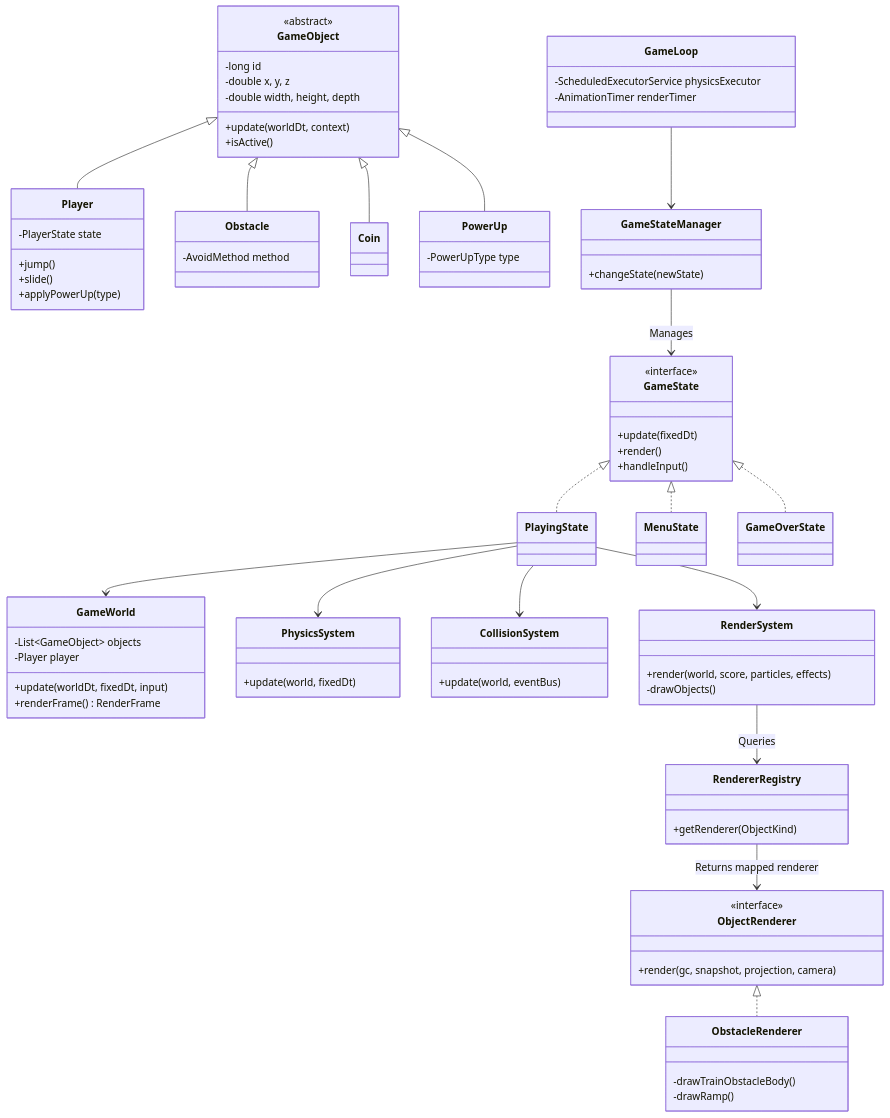
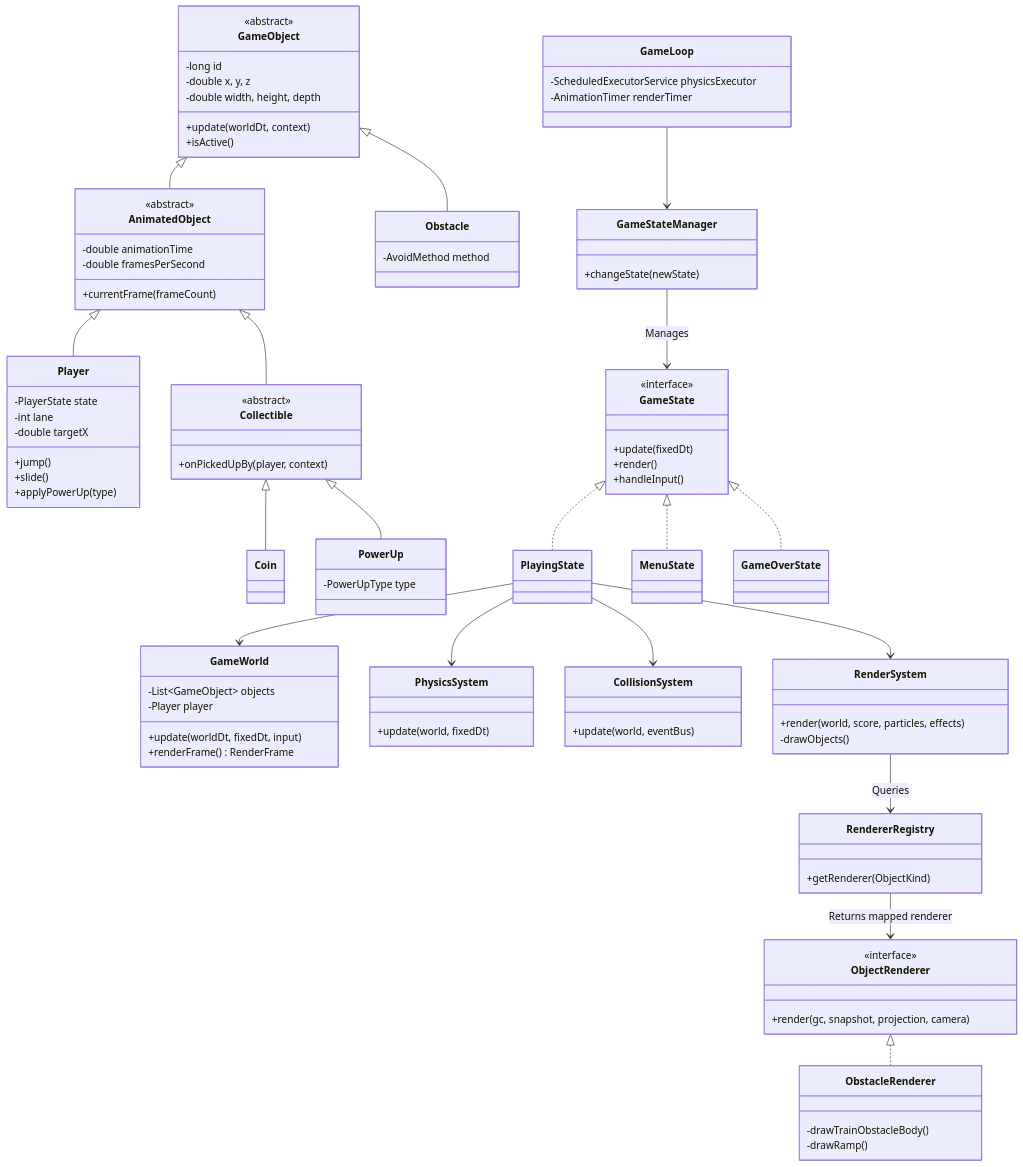
Before and after one commit to triplex0716/Marathon_Runner: the diagram in README.md, drawn with Mermaid.

```diff
--- a/README.md
+++ b/README.md
@@ -71,24 +71,43 @@
         +update(worldDt, context)
         +isActive()
     }
+    
+    class AnimatedObject {
+        <<abstract>>
+        -double animationTime
+        -double framesPerSecond
+        +currentFrame(frameCount)
+    }
+
     class Player {
         -PlayerState state
+        -int lane
+        -double targetX
         +jump()
         +slide()
         +applyPowerUp(type)
     }
+    
     class Obstacle {
         -AvoidMethod method
     }
+    
+    class Collectible {
+        <<abstract>>
+        +onPickedUpBy(player, context)
+    }
+    
     class Coin
     class PowerUp {
         -PowerUpType type
     }
     
-    GameObject <|-- Player
+    GameObject <|-- AnimatedObject
     GameObject <|-- Obstacle
-    GameObject <|-- Coin
-    GameObject <|-- PowerUp
+    AnimatedObject <|-- Player
+    AnimatedObject <|-- Collectible
+    Collectible <|-- Coin
+    Collectible <|-- PowerUp
 
     %% World & Systems
     class GameWorld {
```
